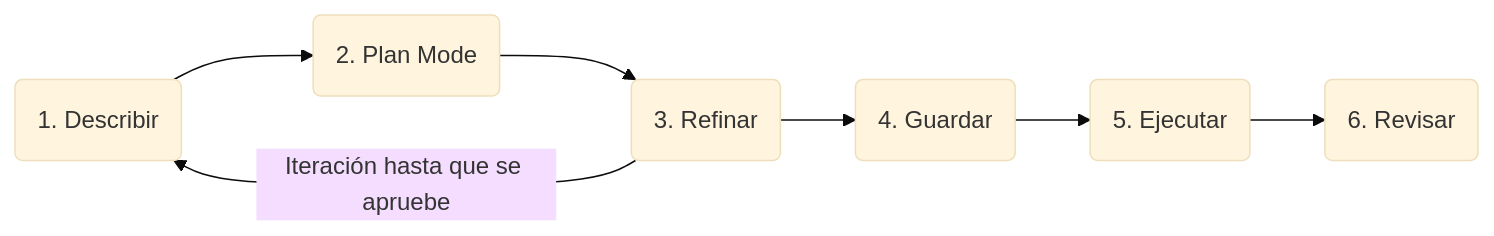
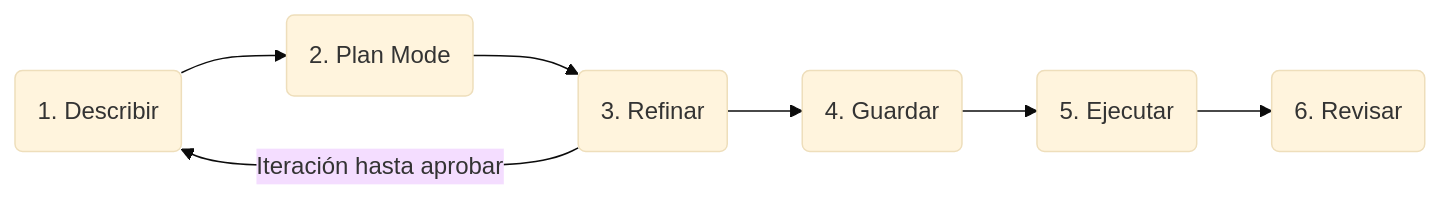
One commit to sramire3000/documentacion changed the diagram in OpenCode/SpecDrivenDevelopment.md. Above: the diagram before and after it, drawn with Mermaid (base theme).

Commit message:
Update iteration description in SpecDrivenDevelopment.md

````diff
--- a/OpenCode/SpecDrivenDevelopment.md
+++ b/OpenCode/SpecDrivenDevelopment.md
@@ -4,9 +4,9 @@
 ```mermaid
 graph LR
 A(1. Describir) --> B(2. Plan Mode)
 B --> C(3. Refinar)
-C -- Iteración hasta que se apruebe --> A
+C -- Iteración hasta aprobar --> A
 C --> D(4. Guardar)
 D --> E(5. Ejecutar)
 E --> F(6. Revisar)
 ```
````
